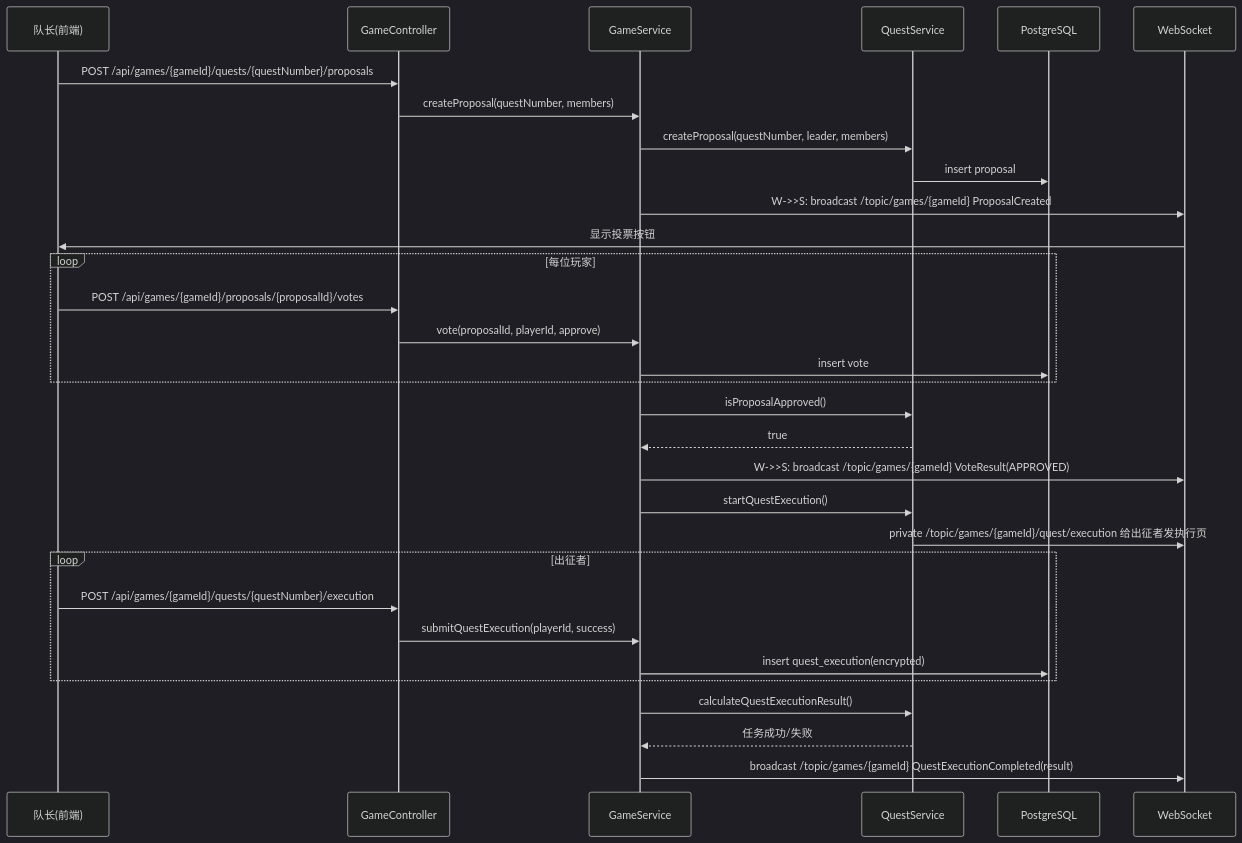
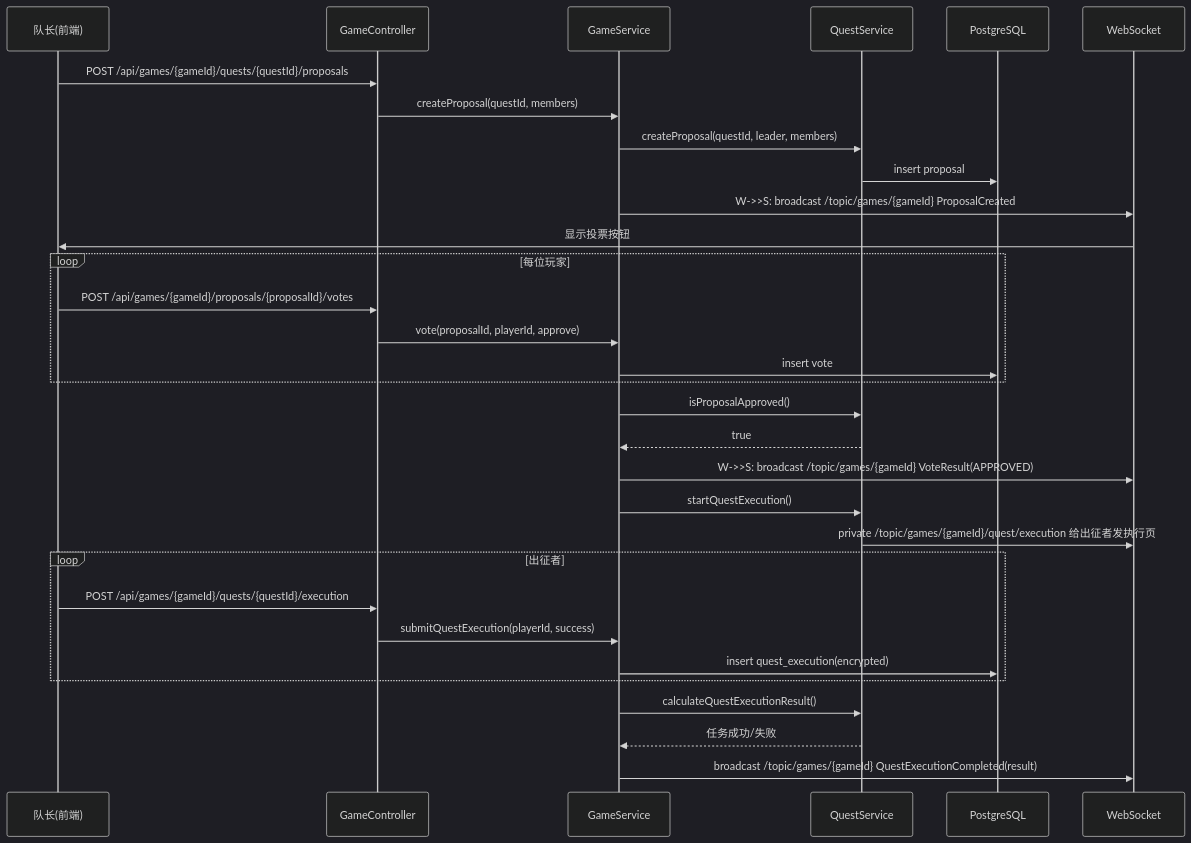
One commit to xiaolinstar/avalon changed the fourth of 5 diagrams in docs/design/architecture/system_architecture.md. Above: the diagram before and after it, drawn with Mermaid (dark theme). The commit also changed other lines of this file and 7 other files, not shown here.

````diff
--- a/docs/design/architecture/system_architecture.md
+++ b/docs/design/architecture/system_architecture.md
@@ -469,34 +490,34 @@
 ```mermaid
 sequenceDiagram
   participant P as 队长(前端)
   participant C as GameController
   participant S as GameService
   participant Q as QuestService
   participant DB as PostgreSQL
   participant W as WebSocket
 
-  P->>C: POST /api/games/{gameId}/quests/{questNumber}/proposals
-  C->>S: createProposal(questNumber, members)
-  S->>Q: createProposal(questNumber, leader, members)
+  P->>C: POST /api/games/{gameId}/quests/{questId}/proposals
+  C->>S: createProposal(questId, members)
+  S->>Q: createProposal(questId, leader, members)
   Q->>DB: insert proposal
   S->>W:W->>S: broadcast /topic/games/{gameId} ProposalCreated
   W->>P: 显示投票按钮
   loop 每位玩家
     P->>C: POST /api/games/{gameId}/proposals/{proposalId}/votes
     C->>S: vote(proposalId, playerId, approve)
     S->>DB: insert vote
   end
   S->>Q: isProposalApproved()
   Q-->>S: true
   S->>W:W->>S: broadcast /topic/games/{gameId} VoteResult(APPROVED)
   S->>Q: startQuestExecution()
   Q->>W: private /topic/games/{gameId}/quest/execution 给出征者发执行页
   loop 出征者
-    P->>C: POST /api/games/{gameId}/quests/{questNumber}/execution
+    P->>C: POST /api/games/{gameId}/quests/{questId}/execution
     C->>S: submitQuestExecution(playerId, success)
     S->>DB: insert quest_execution(encrypted)
   end
   S->>Q: calculateQuestExecutionResult()
   Q-->>S: 任务成功/失败
   S->>W: broadcast /topic/games/{gameId} QuestExecutionCompleted(result)
 ```
````
